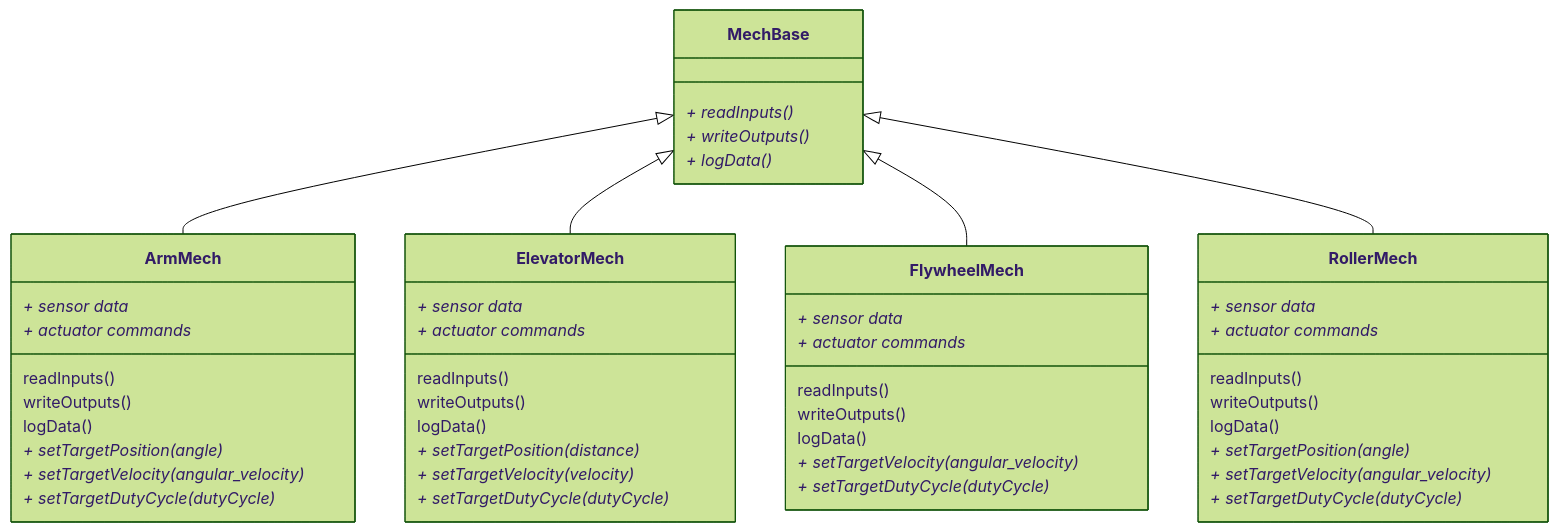
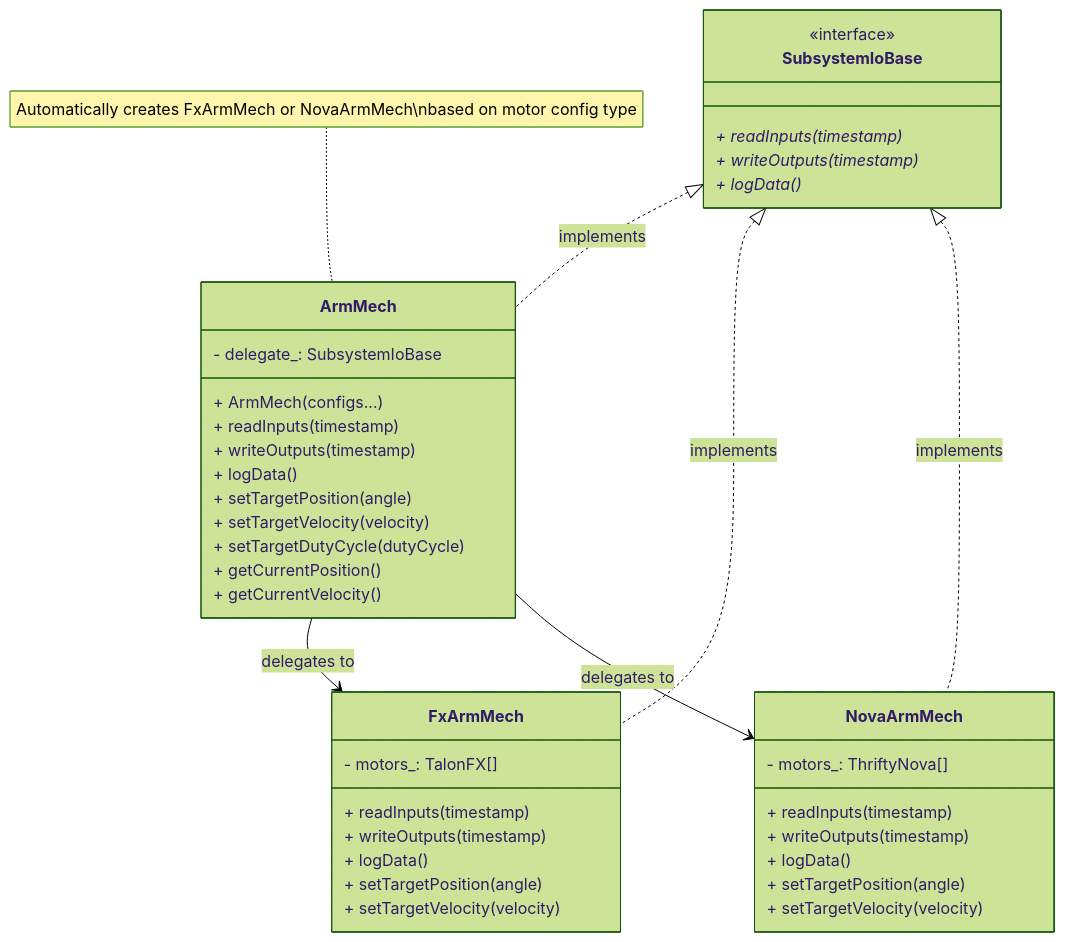
The second of 2 diagrams in docs/software/robot_dev/mechanisms/index.mdx (FRC-Team-4143/FRC-Team-4143.github.io), drawn with Mermaid (forest theme) before and after one commit. The commit also changed other lines of this file and 7 other files, not shown here.

````diff
--- a/docs/software/robot_dev/mechanisms/index.mdx
+++ b/docs/software/robot_dev/mechanisms/index.mdx
@@ -137,52 +157,48 @@
 ```mermaid
 classDiagram
-    class MechBase {
-        + readInputs()*
-        + writeOutputs()*
+    class SubsystemIoBase {
+        <<interface>>
+        + readInputs(timestamp)*
+        + writeOutputs(timestamp)*
         + logData()*
     }
+    
     class ArmMech {
-        + sensor data*
-        + actuator commands*
-        readInputs()
-        writeOutputs()
-        logData()
-        + setTargetPosition(angle)*
-        + setTargetVelocity(angular_velocity)*
-        + setTargetDutyCycle(dutyCycle)*
+        - delegate_: SubsystemIoBase
+        + ArmMech(configs...)
+        + readInputs(timestamp)
+        + writeOutputs(timestamp)
+        + logData()
+        + setTargetPosition(angle)
+        + setTargetVelocity(velocity)
+        + setTargetDutyCycle(dutyCycle)
+        + getCurrentPosition()
+        + getCurrentVelocity()
     }
-    class ElevatorMech {
-        + sensor data*
-        + actuator commands*
-        readInputs()
-        writeOutputs()
-        logData()
-        + setTargetPosition(distance)*
-        + setTargetVelocity(velocity)*
-        + setTargetDutyCycle(dutyCycle)*
+    
+    class FxArmMech {
+        - motors_: TalonFX[]
+        + readInputs(timestamp)
+        + writeOutputs(timestamp)
+        + logData()
+        + setTargetPosition(angle)
+        + setTargetVelocity(velocity)
     }
-    class FlywheelMech {
-        + sensor data*
-        + actuator commands*
-        readInputs()
-        writeOutputs()
-        logData()
-        + setTargetVelocity(angular_velocity)*
-        + setTargetDutyCycle(dutyCycle)*
+    
+    class NovaArmMech {
+        - motors_: ThriftyNova[]
+        + readInputs(timestamp)
+        + writeOutputs(timestamp)
+        + logData()
+        + setTargetPosition(angle)
+        + setTargetVelocity(velocity)
     }
-    class RollerMech {
-        + sensor data*
-        + actuator commands*
-        readInputs()
-        writeOutputs()
-        logData()
-        + setTargetPosition(angle)*
-        + setTargetVelocity(angular_velocity)*
-        + setTargetDutyCycle(dutyCycle)*
-    }
-
-    MechBase <|-- ArmMech
-    MechBase <|-- ElevatorMech
-    MechBase <|-- FlywheelMech
-    MechBase <|-- RollerMech
+    
+    SubsystemIoBase <|.. ArmMech : implements
+    SubsystemIoBase <|.. FxArmMech : implements
+    SubsystemIoBase <|.. NovaArmMech : implements
+    ArmMech --> FxArmMech : delegates to
+    ArmMech --> NovaArmMech : delegates to
+    
+    note for ArmMech "Automatically creates FxArmMech or NovaArmMech\nbased on motor config type"
 ```
````
